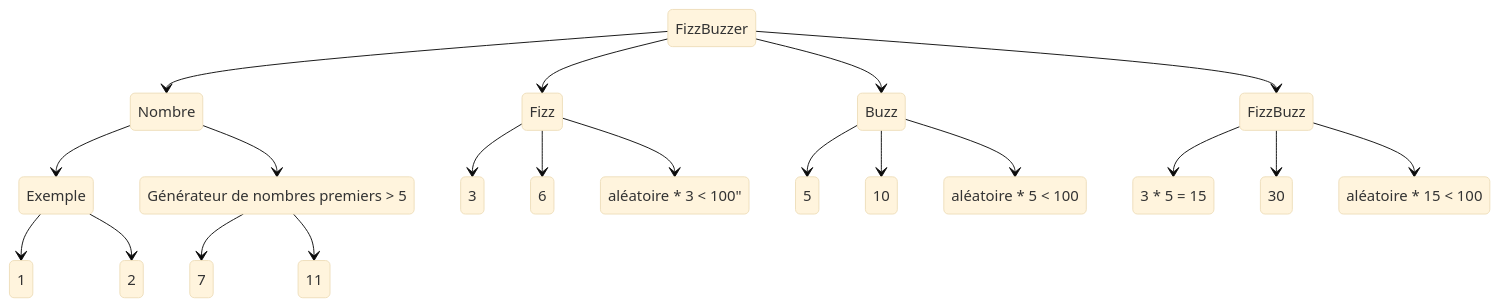
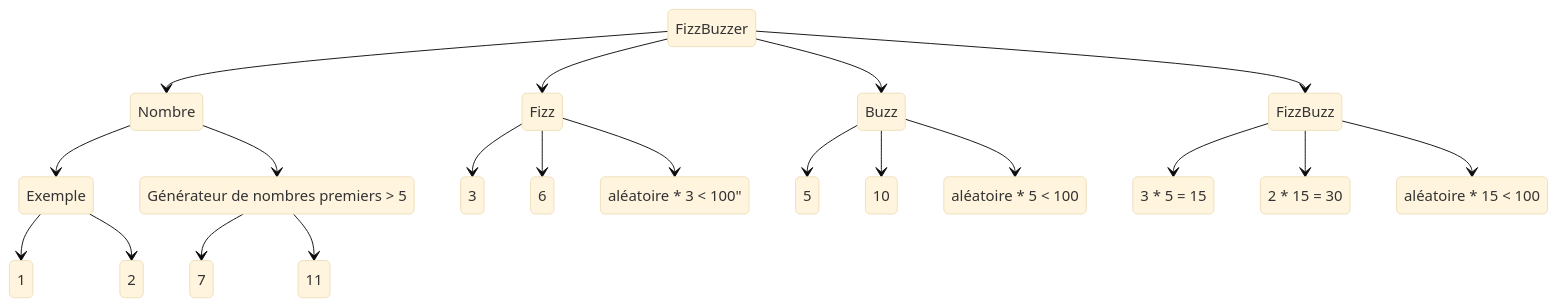
One commit to PermaSoft/permasoft.github.io changed the first of 2 diagrams in 04 Jardins/codeKatas/FizzBuzz.md. Above: the diagram before and after it, drawn with Mermaid (base theme). The commit also changed other lines of this file and 2 other files, not shown here.

````diff
--- a/04 Jardins/codeKatas/FizzBuzz.md
+++ b/04 Jardins/codeKatas/FizzBuzz.md
@@ -56,22 +56,22 @@
 ```mermaid
 stateDiagram-v2
     FizzBuzzer --> Nombre
     Nombre --> Exemple
     Nombre --> Générateur#nbsp;de#nbsp;nombres#nbsp;premiers#nbsp;>#nbsp;5
     Exemple --> 1
     Exemple --> 2
 	Générateur#nbsp;de#nbsp;nombres#nbsp;premiers#nbsp;>#nbsp;5 --> 7
-	   Générateur#nbsp;de#nbsp;nombres#nbsp;premiers#nbsp;>#nbsp;5 --> 11
+	Générateur#nbsp;de#nbsp;nombres#nbsp;premiers#nbsp;>#nbsp;5 --> 11
     FizzBuzzer --> Fizz
     Fizz --> 3
     Fizz --> 6
     Fizz --> aléatoire#nbsp;*#nbsp;3#nbsp;<#nbsp;100"
     FizzBuzzer --> Buzz
     Buzz --> 5
     Buzz --> 10
     Buzz --> aléatoire#nbsp;*#nbsp;5#nbsp;<#nbsp;100
     FizzBuzzer --> FizzBuzz
     FizzBuzz --> 3#nbsp;*#nbsp;5#nbsp;=#nbsp;15
-    FizzBuzz --> 30
-    FizzBuzz --> aléatoire#nbsp;*#nbsp;15#nbsp;<#nbsp;100
+    FizzBuzz --> 2#nbsp;*#nbsp;15#nbsp;=#nbsp;30
+    FizzBuzz --> aléatoire#nbsp;*#nbsp;15#nbsp;<#nbsp;100    
 ```
````
